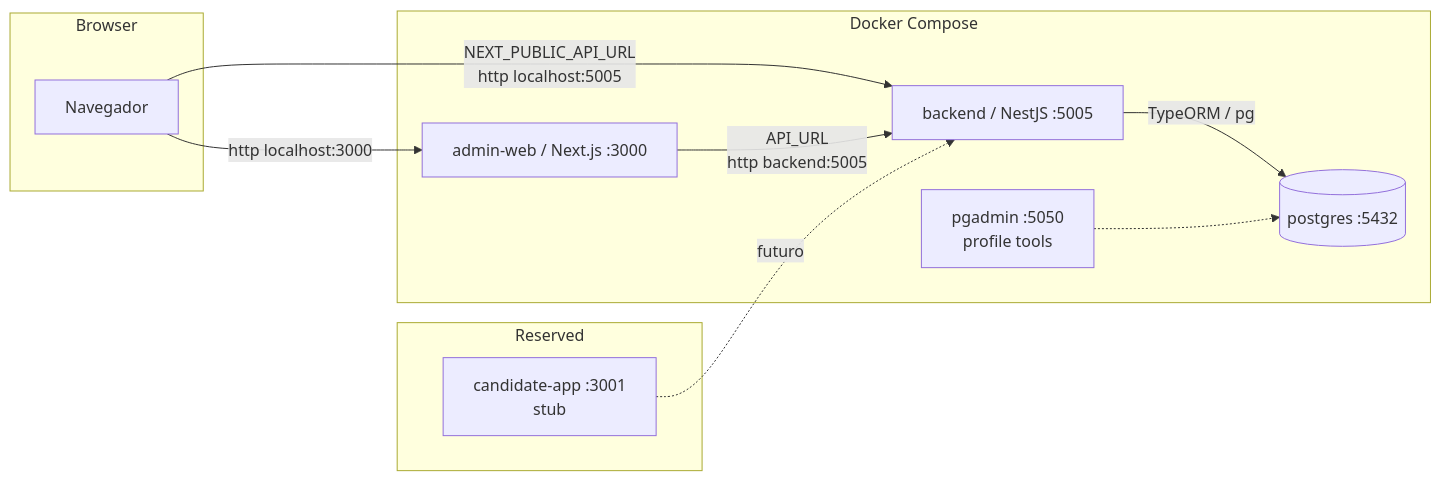
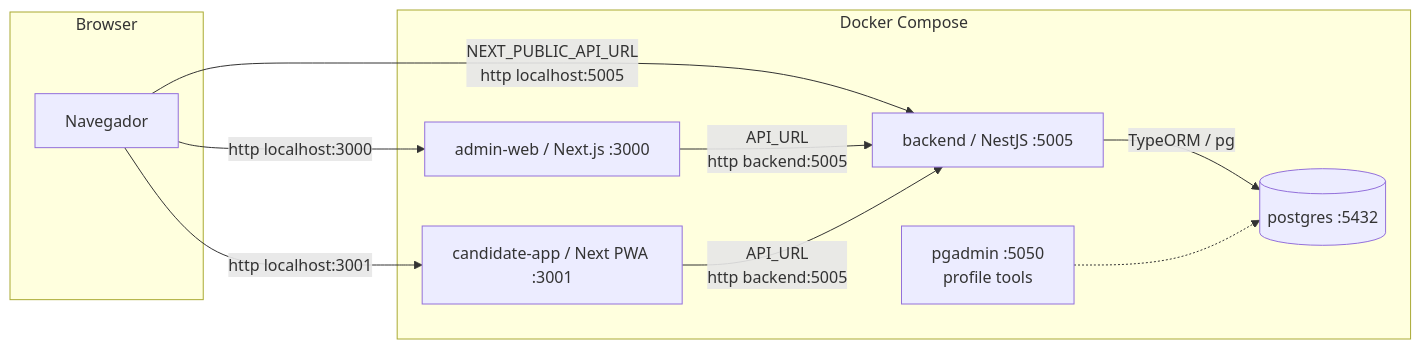
Before and after one commit to what-if-junior/processo-seletivo-inteligente: the first of 2 diagrams in docs/architecture.md, drawn with Mermaid. The commit also changed other lines of this file and 1 other file, not shown here.

First line of the commit message:
docs(candidate-app): 📝 document Next PWA Docker auth and tests

````diff
--- a/docs/architecture.md
+++ b/docs/architecture.md
@@ -14,22 +14,21 @@
 ```mermaid
 flowchart LR
   subgraph Browser
     B[Navegador]
   end
   subgraph Docker[Docker Compose]
     W[admin-web / Next.js :3000]
+    C[candidate-app / Next PWA :3001]
     A[backend / NestJS :5005]
     P[(postgres :5432)]
     G[pgadmin :5050\nprofile tools]
   end
-  subgraph Reserved
-    C[candidate-app :3001\nstub]
-  end
 
   B -->|http localhost:3000| W
+  B -->|http localhost:3001| C
   B -->|NEXT_PUBLIC_API_URL\nhttp localhost:5005| A
   W -->|API_URL\nhttp backend:5005| A
-  C -.->|futuro| A
+  C -->|API_URL\nhttp backend:5005| A
   A -->|TypeORM / pg| P
   G -.-> P
 ```
````
